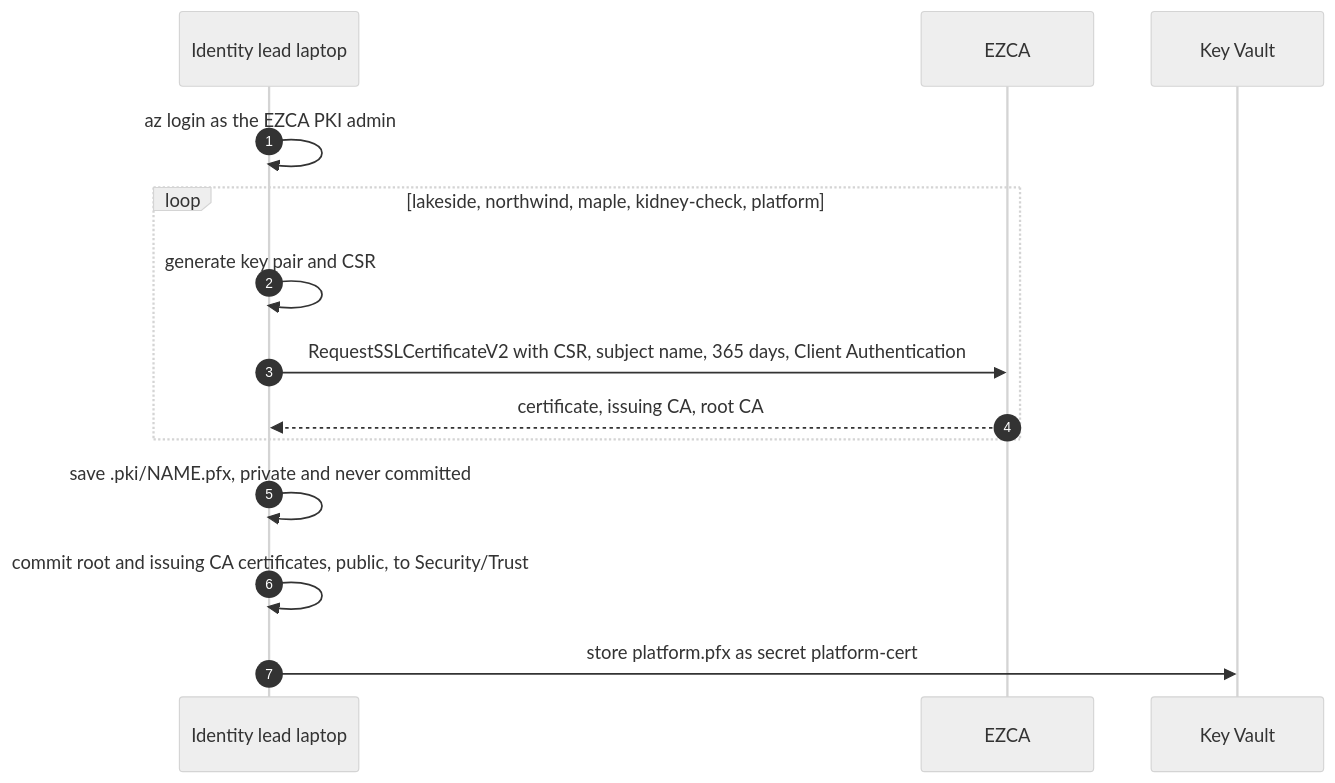
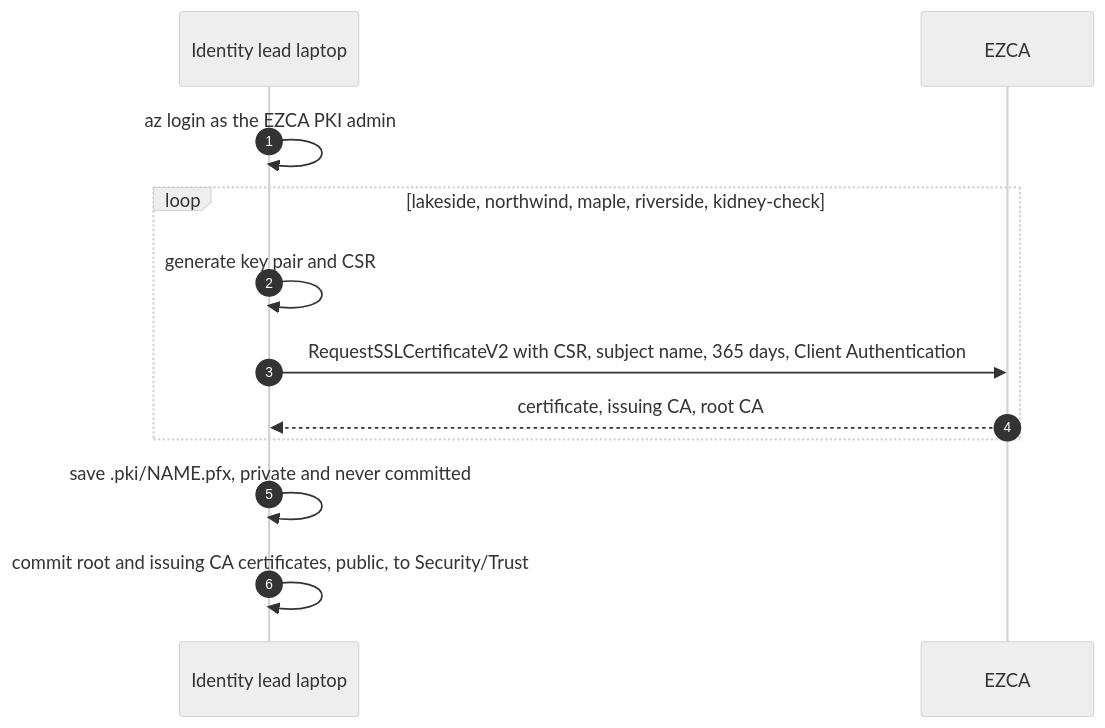
The second of 11 diagrams in docs/auth-flows.md (ParkerHitch/EZEHR), drawn with Mermaid (neutral theme) before and after one commit. The commit also changed other lines of this file and 36 other files, not shown here.

````diff
--- a/docs/auth-flows.md
+++ b/docs/auth-flows.md
@@ -89,16 +102,14 @@
 ```mermaid
 sequenceDiagram
   autonumber
   participant Dev as Identity lead laptop
   participant EZ as EZCA
-  participant KV as Key Vault
   Dev->>Dev: az login as the EZCA PKI admin
-  loop lakeside, northwind, maple, kidney-check, platform
+  loop lakeside, northwind, maple, riverside, kidney-check
     Dev->>Dev: generate key pair and CSR
     Dev->>EZ: RequestSSLCertificateV2 with CSR, subject name, 365 days, Client Authentication
     EZ-->>Dev: certificate, issuing CA, root CA
   end
   Dev->>Dev: save .pki/NAME.pfx, private and never committed
   Dev->>Dev: commit root and issuing CA certificates, public, to Security/Trust
-  Dev->>KV: store platform.pfx as secret platform-cert
 ```
````
